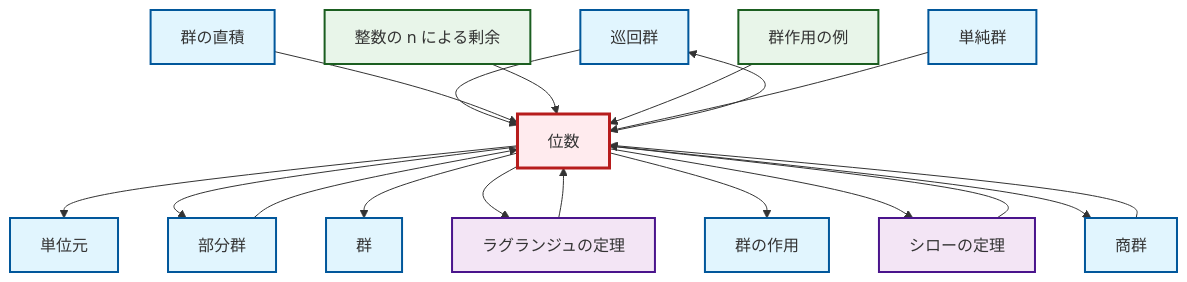
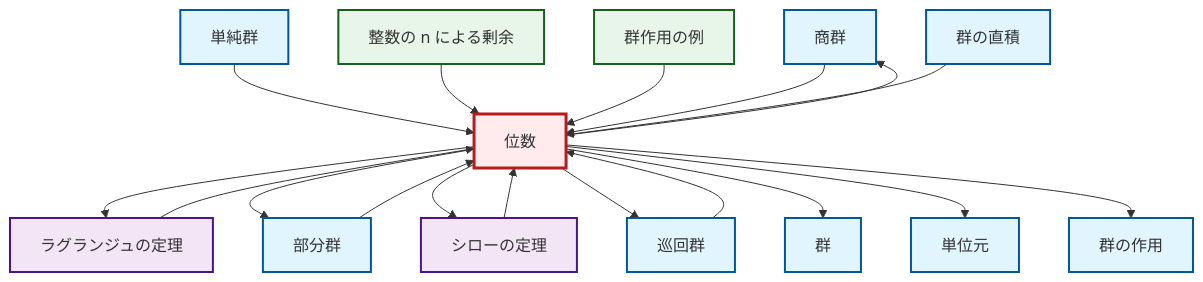
The diagram in output/mermaid/ja/def-order.mermaid (RK0429/ModernMath), drawn with Mermaid before and after one commit. The commit also changed other lines of this file and 1744 other files, not shown here.

```diff
--- a/output/mermaid/ja/def-order.mermaid
+++ b/output/mermaid/ja/def-order.mermaid
@@ -1,37 +1,37 @@
 graph TD
     classDef definition fill:#e1f5fe,stroke:#01579b,stroke-width:2px
     classDef theorem fill:#f3e5f5,stroke:#4a148c,stroke-width:2px
     classDef axiom fill:#fff3e0,stroke:#e65100,stroke-width:2px
     classDef example fill:#e8f5e9,stroke:#1b5e20,stroke-width:2px
     classDef current fill:#ffebee,stroke:#b71c1c,stroke-width:3px
-    def-cyclic-group["巡回群"]:::definition
+    def-identity-element["単位元"]:::definition
+    def-quotient-group["商群"]:::definition
+    thm-sylow["シローの定理"]:::theorem
+    def-simple-group["単純群"]:::definition
     thm-lagrange["ラグランジュの定理"]:::theorem
+    def-group["群"]:::definition
     ex-group-action-examples["群作用の例"]:::example
-    def-group["群"]:::definition
-    def-simple-group["単純群"]:::definition
-    thm-sylow["シローの定理"]:::theorem
+    ex-quotient-integers-mod-n["整数の n による剰余"]:::example
     def-group-action["群の作用"]:::definition
     def-order["位数"]:::definition
-    def-quotient-group["商群"]:::definition
-    def-identity-element["単位元"]:::definition
-    ex-quotient-integers-mod-n["整数の n による剰余"]:::example
     def-direct-product["群の直積"]:::definition
+    def-cyclic-group["巡回群"]:::definition
     def-subgroup["部分群"]:::definition
+    def-order --> thm-lagrange
+    thm-lagrange --> def-order
+    def-order --> def-subgroup
+    def-order --> thm-sylow
+    def-subgroup --> def-order
+    def-simple-group --> def-order
+    ex-quotient-integers-mod-n --> def-order
+    def-order --> def-quotient-group
+    def-order --> def-cyclic-group
+    ex-group-action-examples --> def-order
+    def-order --> def-group
+    def-quotient-group --> def-order
     def-order --> def-identity-element
-    def-order --> def-subgroup
+    def-direct-product --> def-order
     thm-sylow --> def-order
     def-cyclic-group --> def-order
-    def-order --> def-cyclic-group
-    def-order --> def-group
-    def-subgroup --> def-order
-    def-order --> thm-lagrange
-    def-quotient-group --> def-order
-    def-direct-product --> def-order
-    ex-quotient-integers-mod-n --> def-order
-    ex-group-action-examples --> def-order
     def-order --> def-group-action
-    def-simple-group --> def-order
-    def-order --> thm-sylow
-    def-order --> def-quotient-group
-    thm-lagrange --> def-order
     class def-order current
```
